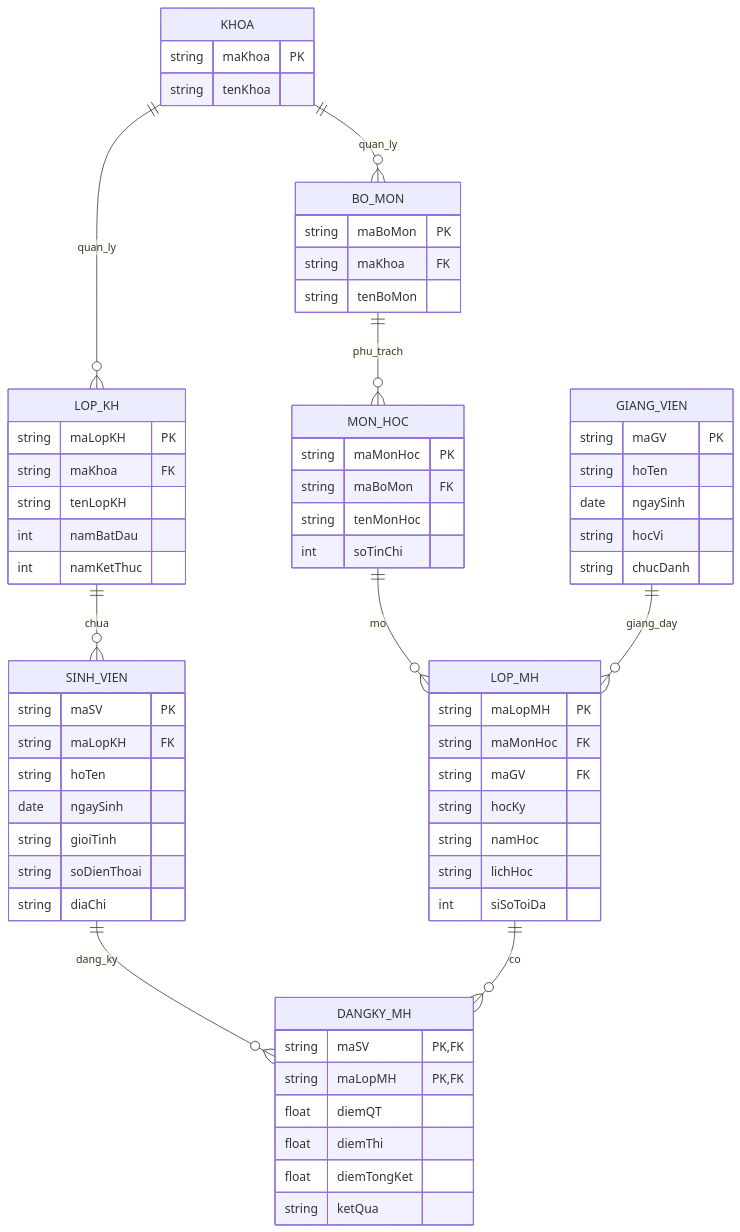
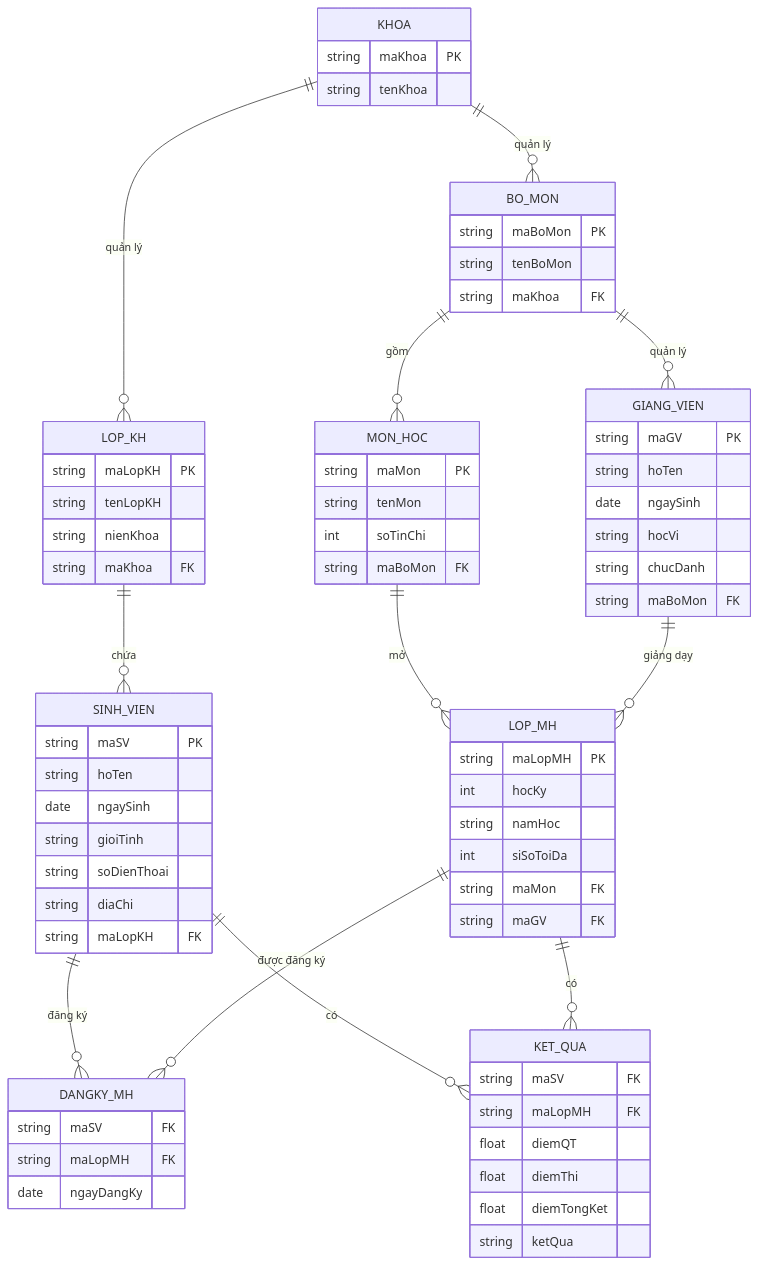
Before and after one commit to 0023413684-crypto/quan-ly-sinh-vien: the diagram in README.md, drawn with Mermaid.

````diff
--- a/README.md
+++ b/README.md
@@ -1,14 +1,5 @@
 ```mermaid
   erDiagram
-    KHOA ||--o{ BO_MON : quan_ly
-    KHOA ||--o{ LOP_KH : quan_ly
-    BO_MON ||--o{ MON_HOC : phu_trach
-    LOP_KH ||--o{ SINH_VIEN : chua
-    MON_HOC ||--o{ LOP_MH : mo
-    GIANG_VIEN ||--o{ LOP_MH : giang_day
-    SINH_VIEN ||--o{ DANGKY_MH : dang_ky
-    LOP_MH ||--o{ DANGKY_MH : co
-
     KHOA {
         string maKhoa PK
         string tenKhoa
@@ -16,33 +7,32 @@
 
     BO_MON {
         string maBoMon PK
+        string tenBoMon
         string maKhoa FK
-        string tenBoMon
+    }
+
+    MON_HOC {
+        string maMon PK
+        string tenMon
+        int soTinChi
+        string maBoMon FK
     }
 
     LOP_KH {
         string maLopKH PK
+        string tenLopKH
+        string nienKhoa
         string maKhoa FK
-        string tenLopKH
-        int namBatDau
-        int namKetThuc
-    }
-
-    MON_HOC {
-        string maMonHoc PK
-        string maBoMon FK
-        string tenMonHoc
-        int soTinChi
     }
 
     SINH_VIEN {
         string maSV PK
-        string maLopKH FK
         string hoTen
         date ngaySinh
         string gioiTinh
         string soDienThoai
         string diaChi
+        string maLopKH FK
     }
 
     GIANG_VIEN {
@@ -51,24 +41,43 @@
         date ngaySinh
         string hocVi
         string chucDanh
+        string maBoMon FK
     }
 
     LOP_MH {
         string maLopMH PK
-        string maMonHoc FK
+        int hocKy
+        string namHoc
+        int siSoToiDa
+        string maMon FK
         string maGV FK
-        string hocKy
-        string namHoc
-        string lichHoc
-        int siSoToiDa
     }
 
     DANGKY_MH {
-        string maSV PK, FK
-        string maLopMH PK, FK
+        string maSV FK
+        string maLopMH FK
+        date ngayDangKy
+    }
+
+    KET_QUA {
+        string maSV FK
+        string maLopMH FK
         float diemQT
         float diemThi
         float diemTongKet
         string ketQua
     }
+
+    %% Quan hệ
+    KHOA ||--o{ BO_MON : "quản lý"
+    KHOA ||--o{ LOP_KH : "quản lý"
+    BO_MON ||--o{ MON_HOC : "gồm"
+    BO_MON ||--o{ GIANG_VIEN : "quản lý"
+    MON_HOC ||--o{ LOP_MH : "mở"
+    GIANG_VIEN ||--o{ LOP_MH : "giảng dạy"
+    LOP_KH ||--o{ SINH_VIEN : "chứa"
+    SINH_VIEN ||--o{ DANGKY_MH : "đăng ký"
+    LOP_MH ||--o{ DANGKY_MH : "được đăng ký"
+    SINH_VIEN ||--o{ KET_QUA : "có"
+    LOP_MH ||--o{ KET_QUA : "có"
 ```
````
